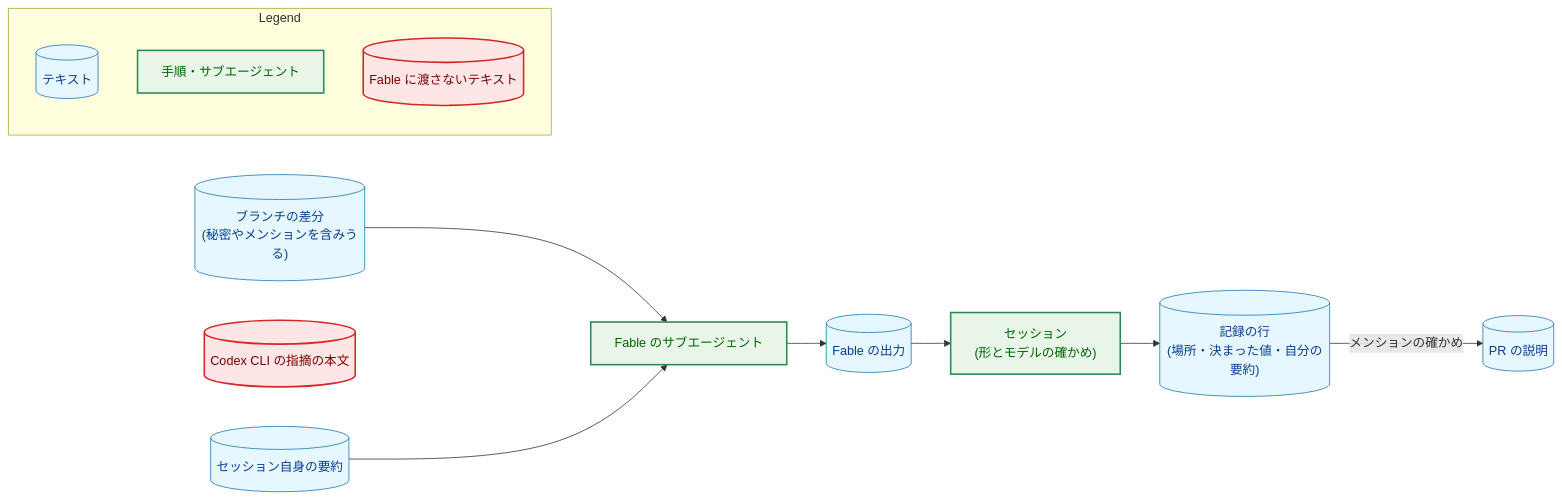
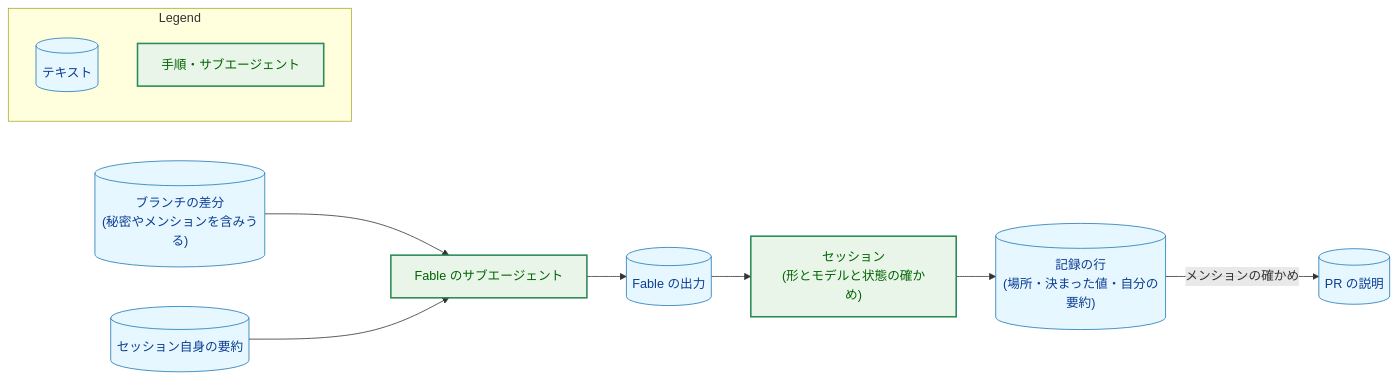
The fifth of 7 diagrams in docs/tasks/0098_fable_partial_review/02_architecture.md (isseis/yt2column), drawn with Mermaid before and after one commit. The commit also changed other lines of this file and 4 other files, not shown here.

First line of the commit message:
docs(0098): apply the review fixes to the architecture

````diff
--- a/docs/tasks/0098_fable_partial_review/02_architecture.md
+++ b/docs/tasks/0098_fable_partial_review/02_architecture.md
@@ -611,35 +738,30 @@
 ```mermaid
 flowchart LR
     classDef data fill:#e6f7ff,stroke:#1f77b4,stroke-width:1px,color:#0b3d91;
     classDef enhanced fill:#e8f5e8,stroke:#2e8b57,stroke-width:2px,color:#006400;
-    classDef problem fill:#ffe6e6,stroke:#d62728,stroke-width:2px,color:#7b0000;
 
     DIFF[("ブランチの差分<br>(秘密やメンションを含みうる)")]
-    CODEX[("Codex CLI の指摘の本文")]
     OWN[("セッション自身の要約")]
     FABLE["Fable のサブエージェント"]
     OUT[("Fable の出力")]
-    SESSION["セッション<br>(形とモデルの確かめ)"]
+    SESSION["セッション<br>(形とモデルと状態の確かめ)"]
     LINES[("記録の行<br>(場所・決まった値・自分の要約)")]
     BODY[("PR の説明")]
 
     DIFF --> FABLE
     OWN --> FABLE
     FABLE --> OUT
     OUT --> SESSION
     SESSION --> LINES
     LINES -->|"メンションの確かめ"| BODY
 
     class DIFF,OWN,LINES,BODY,OUT data
     class FABLE,SESSION enhanced
-    class CODEX problem
 
     subgraph Legend["Legend"]
         L1[("テキスト")]
         L2["手順・サブエージェント"]
-        L3[("Fable に渡さないテキスト")]
     end
     class L1 data
     class L2 enhanced
-    class L3 problem
 ```
````
